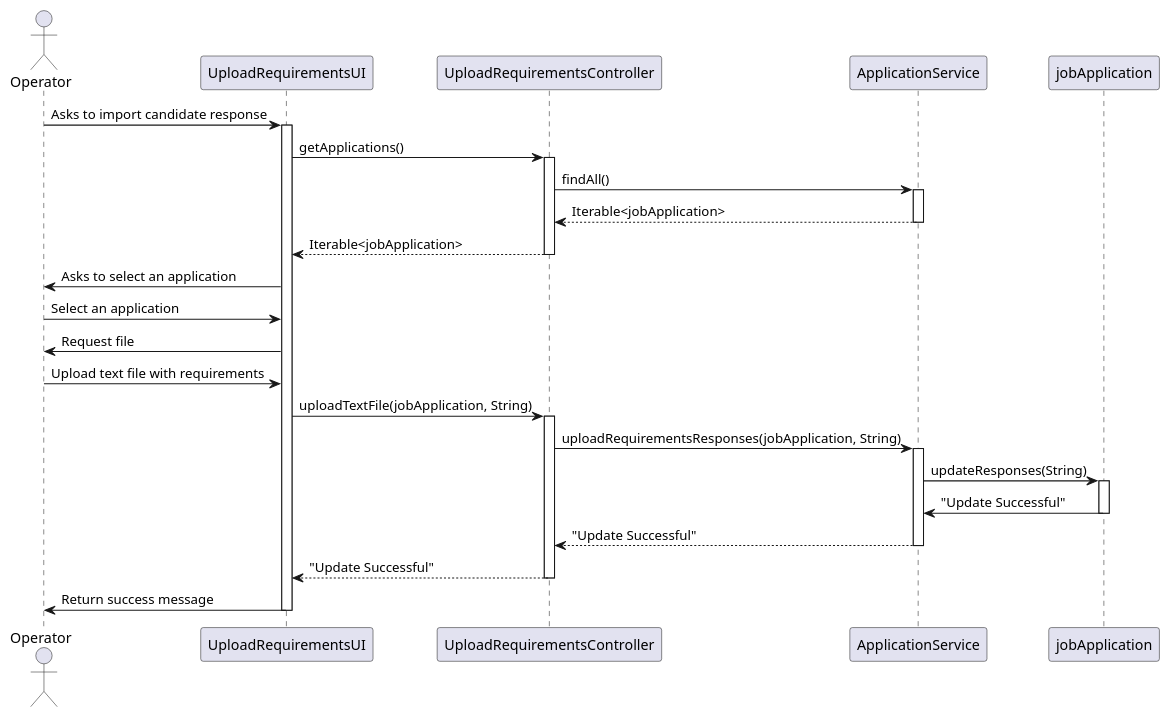
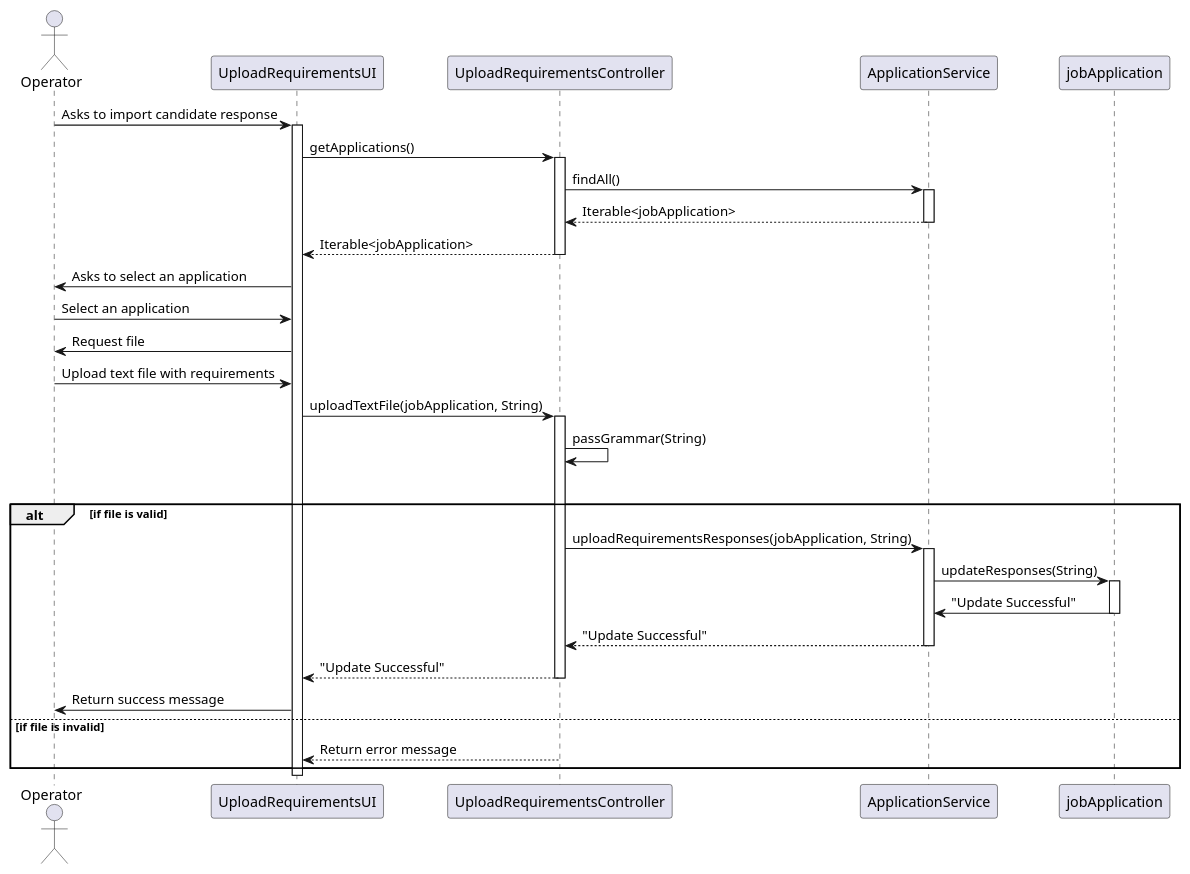
The diagram in docs/sprintC/US2004/03.design/puml/SD.puml (Mendoncaa/LAPR4), drawn with PlantUML before and after one commit. The commit also changed other lines of this file and 42 other files, not shown here.

```diff
--- a/docs/sprintC/US2004/03.design/puml/SD.puml
+++ b/docs/sprintC/US2004/03.design/puml/SD.puml
@@ -1,53 +1,58 @@
 @startuml
 
 actor Operator
-
 participant "UploadRequirementsUI" as UI
 participant "UploadRequirementsController" as Controller
 participant "ApplicationService" as AppService
 participant "jobApplication" as Application
 
 Operator -> UI : Asks to import candidate response
 activate UI
 
 UI -> Controller : getApplications()
 activate Controller
 
 Controller -> AppService : findAll()
 activate AppService
 
 AppService --> Controller : Iterable<jobApplication>
 deactivate AppService
 
 Controller --> UI : Iterable<jobApplication>
 deactivate Controller
 
 UI -> Operator : Asks to select an application
 Operator -> UI : Select an application
 
 UI -> Operator : Request file
 Operator -> UI : Upload text file with requirements
 
 UI -> Controller : uploadTextFile(jobApplication, String)
 activate Controller
 
-Controller -> AppService : uploadRequirementsResponses(jobApplication, String)
-activate AppService
+Controller -> Controller: passGrammar(String)
 
-AppService -> Application : updateResponses(String)
-activate Application
+alt File Verification
+    alt if file is valid
+        Controller -> AppService : uploadRequirementsResponses(jobApplication, String)
+        activate AppService
+        AppService -> Application : updateResponses(String)
+        activate Application
 
-Application -> AppService : "Update Successful"
-deactivate Application
+        Application -> AppService : "Update Successful"
+        deactivate Application
 
-AppService --> Controller : "Update Successful"
-deactivate AppService
+        AppService --> Controller : "Update Successful"
+        deactivate AppService
 
-Controller --> UI : "Update Successful"
-deactivate Controller
+        Controller --> UI : "Update Successful"
+        deactivate Controller
 
-UI -> Operator : Return success message
-
+        UI -> Operator : Return success message
+    else if file is invalid
+        Controller --> UI: Return error message
+        deactivate Controller
+end
 deactivate UI
 
 @enduml
```
